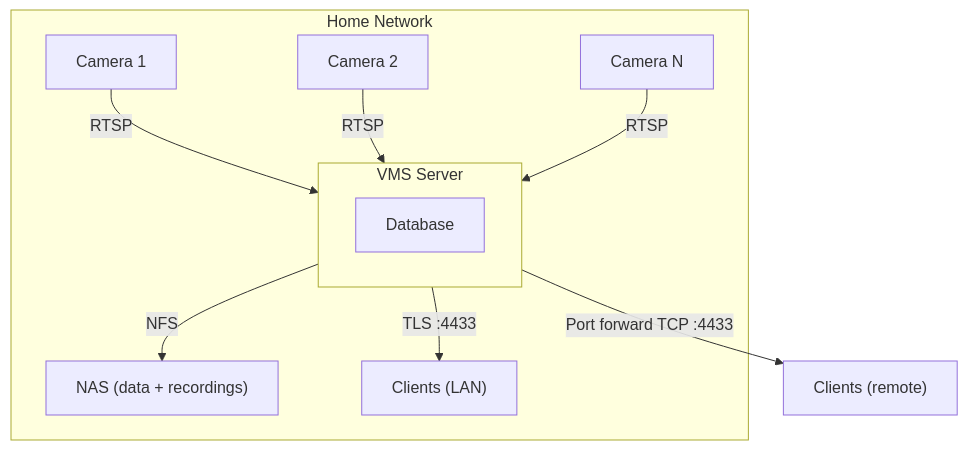
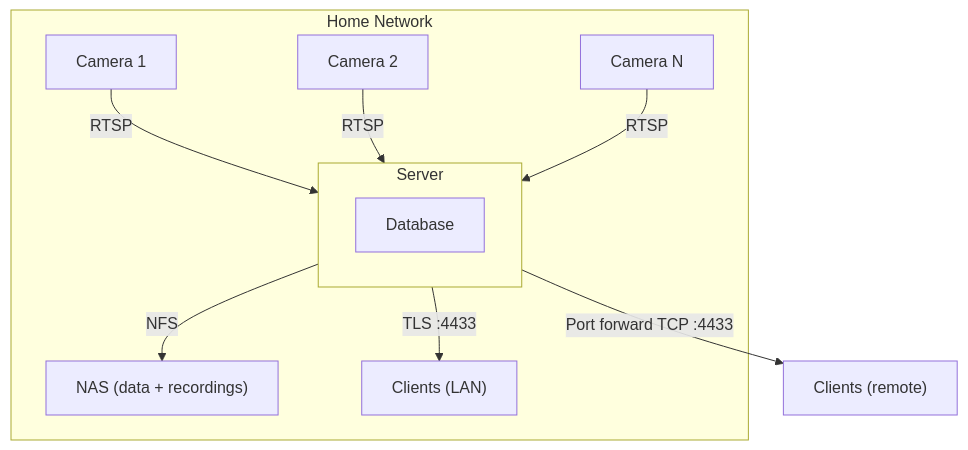
The first of 3 diagrams in docs/architecture.md (SytheZN/simple-vms), drawn with Mermaid before and after one commit. The commit also changed other lines of this file and 277 other files, not shown here.

````diff
--- a/docs/architecture.md
+++ b/docs/architecture.md
@@ -29,17 +29,17 @@
 ```mermaid
 graph TB
     subgraph home["Home Network"]
         cam1["Camera 1"] -- RTSP --> server
         cam2["Camera 2"] -- RTSP --> server
         camN["Camera N"] -- RTSP --> server
 
-        subgraph server["VMS Server"]
+        subgraph server["Server"]
             db["Database"]
         end
 
         server -- NFS --> nas["NAS (data + recordings)"]
         server -- "TLS :4433" --> lanClients["Clients (LAN)"]
     end
 
     server -- "Port forward TCP :4433" --> remoteClients["Clients (remote)"]
 ```
````
